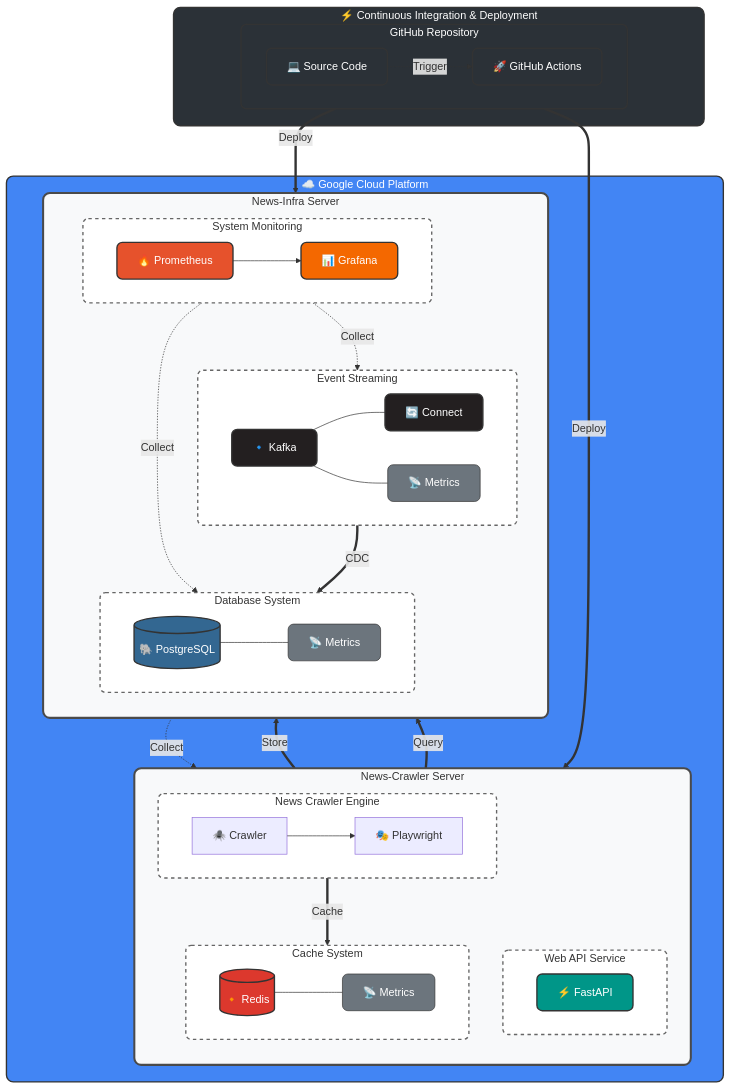
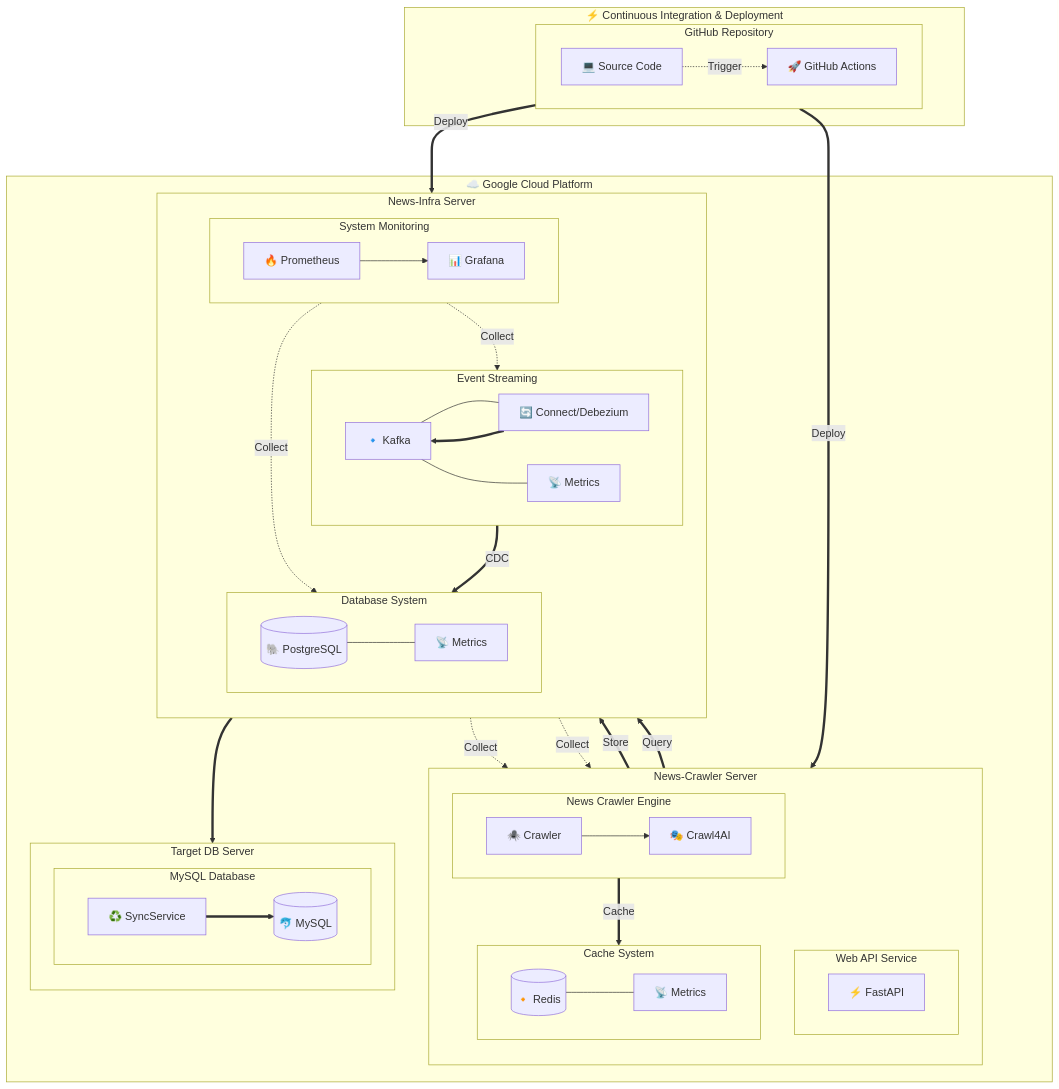
Before and after one commit to JunYupK/CDC-PipeLine-With-Kafka: the diagram in readme.md, drawn with Mermaid. The commit also changed other lines of this file, not shown here.

````diff
--- a/readme.md
+++ b/readme.md
@@ -31,8 +29,8 @@
             subgraph Crawler["News Crawler Engine"]
                 direction LR
                 crawler["🕷️ Crawler"]
-                playwright["🎭 Playwright"]
-                crawler --> playwright
+                crawl4ai["🎭 Crawl4AI"]
+                crawler --> crawl4ai
             end
 
             subgraph CacheLayer["Cache System"]
@@ -56,7 +54,7 @@
             subgraph Stream["Event Streaming"]
                 direction LR
                 kafka["🔹 Kafka"]
-                connect["🔄 Connect"]
+                connect["🔄 Connect/Debezium"]
                 kafka_exp["📡 Metrics"]
                 kafka --- connect
                 kafka --- kafka_exp
@@ -69,6 +67,16 @@
                 prometheus --> grafana
             end
         end
+
+        %% Target DB VM
+        subgraph TargetDBVM["Target DB Server"]
+            direction TB
+            subgraph TargetDB["MySQL Database"]
+                direction LR
+                mysql[("🐬 MySQL")]
+                sync["♻️ SyncService"]
+            end
+        end
     end
 
     %% Deployment Flow
@@ -79,39 +87,14 @@
     crawler ==>|Store| postgres
     crawler ==>|Cache| redis
     fastapi ==>|Query| postgres
-    kafka ==>|CDC| postgres
+    connect ==>|CDC| postgres
+    connect ==> kafka
+    kafka ==> sync
+    sync ==> mysql
     
     %% Monitoring Flow
     prometheus -.->|Collect| pg_exp
     prometheus -.->|Collect| kafka_exp
     prometheus -.->|Collect| redis_exp
-
-    %% Styling
-    classDef githubStyle fill:#2b3137,color:#fff,stroke:#333,stroke-width:2px,rx:8
-    classDef postgresStyle fill:#336791,color:#fff,stroke:#333,stroke-width:2px,rx:8
-    classDef kafkaStyle fill:#231f20,color:#fff,stroke:#333,stroke-width:2px,rx:8
-    classDef prometheusStyle fill:#e6522c,color:#fff,stroke:#333,stroke-width:2px,rx:8
-    classDef grafanaStyle fill:#F46800,color:#fff,stroke:#333,stroke-width:2px,rx:8
-    classDef redisStyle fill:#dc382d,color:#fff,stroke:#333,stroke-width:2px,rx:8
-    classDef fastapiStyle fill:#009688,color:#fff,stroke:#333,stroke-width:2px,rx:8
-    classDef vmStyle fill:#f8f9fa,color:#333,stroke:#4a4a4a,stroke-width:3px,rx:10
-    classDef layerStyle fill:#ffffff,color:#333,stroke:#666,stroke-width:2px,stroke-dasharray: 5 5,rx:8
-    classDef cicdStyle fill:#2b3137,color:#fff,stroke:#333,stroke-width:2px,rx:10
-    classDef gcpStyle fill:#4285f4,color:#fff,stroke:#333,stroke-width:2px,rx:10
-    classDef metricsStyle fill:#6c757d,color:#fff,stroke:#333,stroke-width:1px,rx:8
-
-    %% Apply styles
-    class GitHub,code,actions githubStyle
-    class postgres,pg_exp postgresStyle
-    class kafka,connect,kafka_exp kafkaStyle
-    class prometheus prometheusStyle
-    class grafana grafanaStyle
-    class redis,redis_exp redisStyle
-    class fastapi fastapiStyle
-    class CrawlerVM,InfraVM vmStyle
-    class GCP gcpStyle
-    class API,Crawler,CacheLayer,DB,Stream,Monitor layerStyle
-    class CI_CD cicdStyle
-    class redis_exp,pg_exp,kafka_exp metricsStyle
-
+    prometheus -.->|Collect| fastapi
 ```
````
